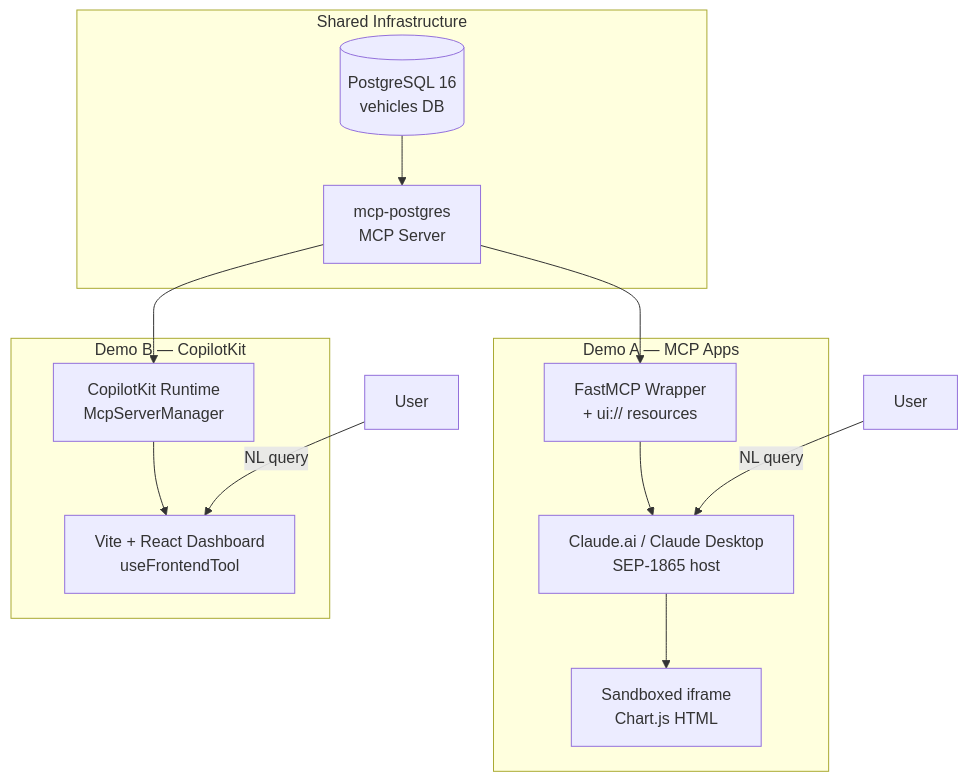
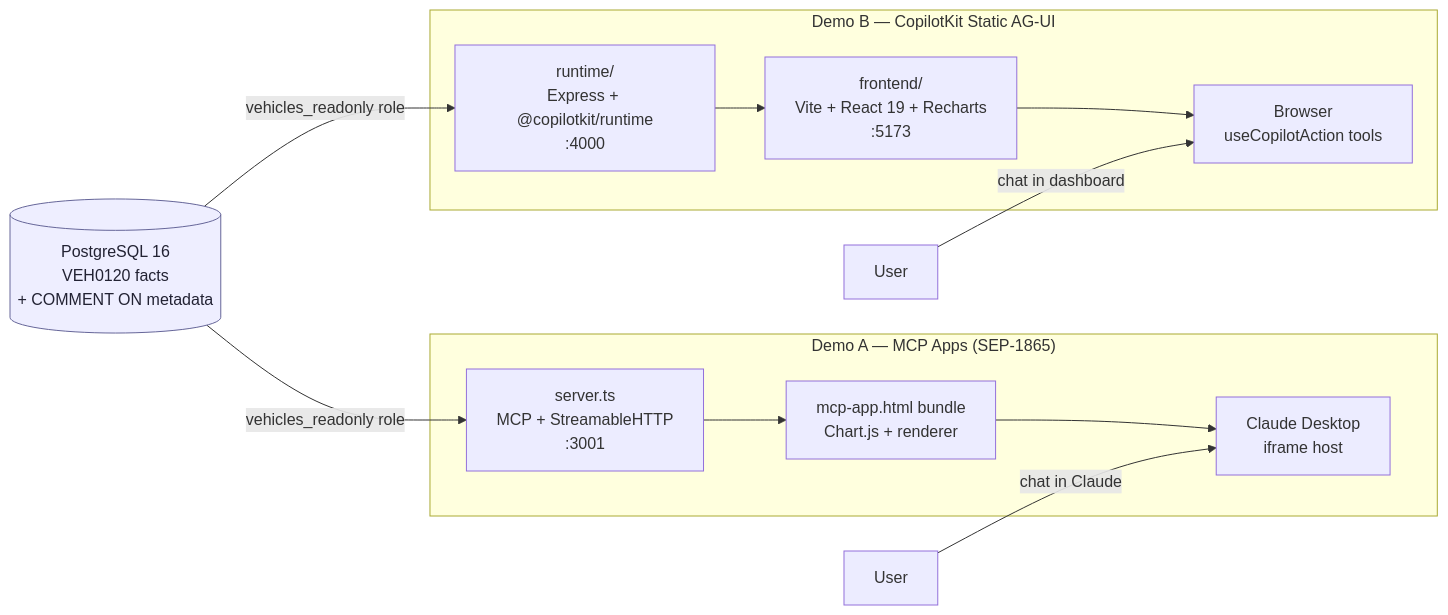
Before and after one commit to dotnetspark/vehicle-genui-poc: the first of 2 diagrams in README.md, drawn with Mermaid. The commit also changed other lines of this file and 4 other files, not shown here.

````diff
--- a/README.md
+++ b/README.md
@@ -28,27 +29,26 @@
 ```mermaid
-graph TD
-    subgraph Shared["Shared Infrastructure"]
-        DB[(PostgreSQL 16\nvehicles DB)]
-        PG[mcp-postgres\nMCP Server]
-        DB --> PG
+flowchart LR
+    DB[(PostgreSQL 16<br/>VEH0120 facts<br/>+ COMMENT ON metadata)]:::shared
+
+    subgraph DemoA["Demo A — MCP Apps (SEP-1865)"]
+        A1[server.ts<br/>MCP + StreamableHTTP<br/>:3001]
+        A2[mcp-app.html bundle<br/>Chart.js + renderer]
+        A3[Claude Desktop<br/>iframe host]
     end
 
-    subgraph DemoA["Demo A — MCP Apps"]
-        WR[FastMCP Wrapper\n+ ui:// resources]
-        HOST[Claude.ai / Claude Desktop\nSEP-1865 host]
-        IFRAME[Sandboxed iframe\nChart.js HTML]
-        PG --> WR
-        WR --> HOST
-        HOST --> IFRAME
+    subgraph DemoB["Demo B — CopilotKit Static AG-UI"]
+        B1[runtime/<br/>Express + @copilotkit/runtime<br/>:4000]
+        B2[frontend/<br/>Vite + React 19 + Recharts<br/>:5173]
+        B3[Browser<br/>useCopilotAction tools]
     end
 
-    subgraph DemoB["Demo B — CopilotKit"]
-        CK[CopilotKit Runtime\nMcpServerManager]
-        DASH[Vite + React Dashboard\nuseFrontendTool]
-        PG --> CK
-        CK --> DASH
-    end
+    DB -->|vehicles_readonly role| A1
+    DB -->|vehicles_readonly role| B1
+    A1 --> A2 --> A3
+    B1 --> B2 --> B3
 
-    USER1[User] -->|NL query| HOST
-    USER2[User] -->|NL query| DASH
+    U1[User] -->|chat in Claude| A3
+    U2[User] -->|chat in dashboard| B3
+
+    classDef shared fill:#eef,stroke:#669,color:#223;
 ```
````
